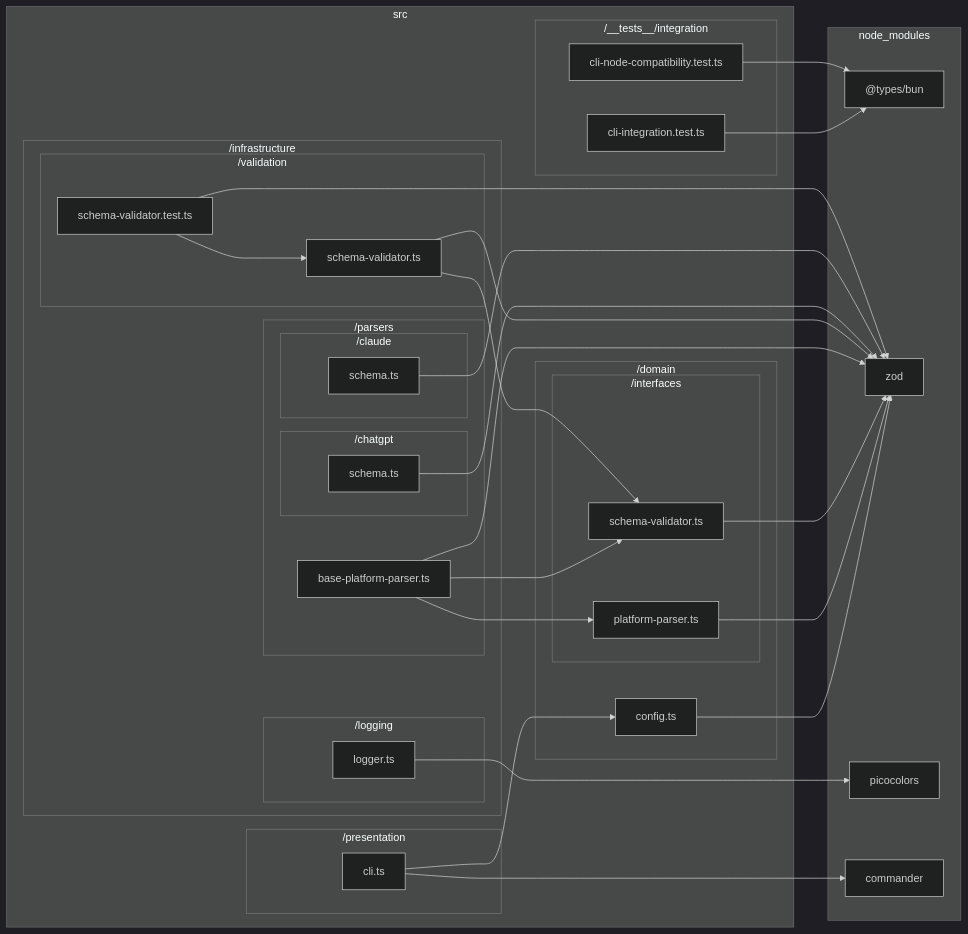
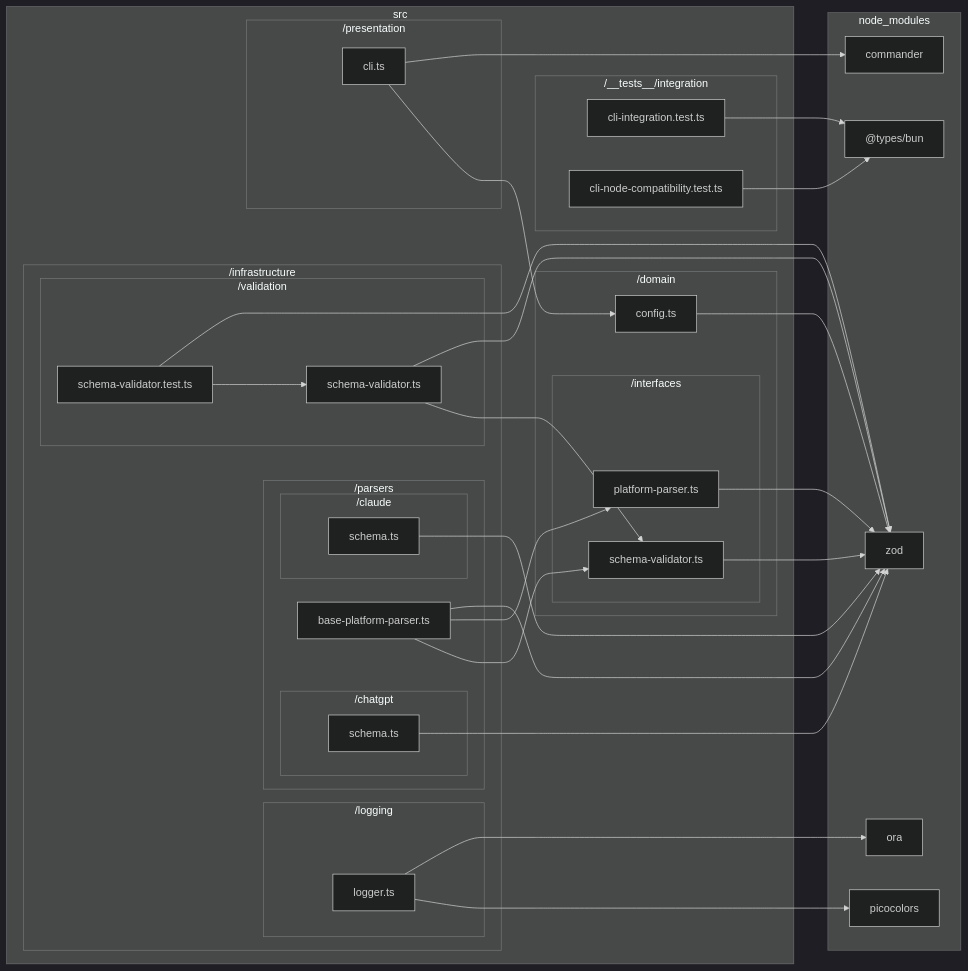
One commit to sugurutakahashi-1234/ai-chat-md-export changed the diagram in docs/reports/dependencies/external.md. Above: the diagram before and after it, drawn with Mermaid (dark theme). The commit also changed 10 other files, not shown here.

````diff
--- a/docs/reports/dependencies/external.md
+++ b/docs/reports/dependencies/external.md
@@ -7,60 +7,62 @@
 ```mermaid
 flowchart LR
     subgraph node//modules["node_modules"]
         node//modules///types/bun/index.d.ts["@types/bun"]
         node//modules/zod/index.d.cts["zod"]
+        node//modules/ora/index.d.ts["ora"]
         node//modules/picocolors/picocolors.d.ts["picocolors"]
         node//modules/commander/typings/index.d.ts["commander"]
     end
     subgraph src["src"]
         subgraph src/////tests/////integration["/__tests__/integration"]
             src/////tests/////integration/cli//integration.test.ts["cli-integration.test.ts"]
             src/////tests/////integration/cli//node//compatibility.test.ts["cli-node-compatibility.test.ts"]
         end
         subgraph src/domain["/domain"]
             src/domain/config.ts["config.ts"]
             subgraph src/domain/interfaces["/interfaces"]
                 src/domain/interfaces/platform//parser.ts["platform-parser.ts"]
                 src/domain/interfaces/schema//validator.ts["schema-validator.ts"]
             end
         end
         subgraph src/infrastructure["/infrastructure"]
             subgraph src/infrastructure/logging["/logging"]
                 src/infrastructure/logging/logger.ts["logger.ts"]
             end
             subgraph src/infrastructure/parsers["/parsers"]
                 src/infrastructure/parsers/base//platform//parser.ts["base-platform-parser.ts"]
                 subgraph src/infrastructure/parsers/chatgpt["/chatgpt"]
                     src/infrastructure/parsers/chatgpt/schema.ts["schema.ts"]
                 end
                 subgraph src/infrastructure/parsers/claude["/claude"]
                     src/infrastructure/parsers/claude/schema.ts["schema.ts"]
                 end
             end
             subgraph src/infrastructure/validation["/validation"]
                 src/infrastructure/validation/schema//validator.ts["schema-validator.ts"]
                 src/infrastructure/validation/schema//validator.test.ts["schema-validator.test.ts"]
             end
         end
         subgraph src/presentation["/presentation"]
             src/presentation/cli.ts["cli.ts"]
         end
     end
     src/////tests/////integration/cli//integration.test.ts-->node//modules///types/bun/index.d.ts
     src/////tests/////integration/cli//node//compatibility.test.ts-->node//modules///types/bun/index.d.ts
     src/domain/config.ts-->node//modules/zod/index.d.cts
     src/domain/interfaces/platform//parser.ts-->node//modules/zod/index.d.cts
     src/domain/interfaces/schema//validator.ts-->node//modules/zod/index.d.cts
+    src/infrastructure/logging/logger.ts-->node//modules/ora/index.d.ts
     src/infrastructure/logging/logger.ts-->node//modules/picocolors/picocolors.d.ts
     src/infrastructure/parsers/base//platform//parser.ts-->node//modules/zod/index.d.cts
     src/infrastructure/validation/schema//validator.ts-->node//modules/zod/index.d.cts
     src/infrastructure/parsers/chatgpt/schema.ts-->node//modules/zod/index.d.cts
     src/infrastructure/parsers/claude/schema.ts-->node//modules/zod/index.d.cts
     src/infrastructure/validation/schema//validator.test.ts-->node//modules/zod/index.d.cts
     src/presentation/cli.ts-->node//modules/commander/typings/index.d.ts
     src/infrastructure/parsers/base//platform//parser.ts-->src/domain/interfaces/platform//parser.ts
     src/infrastructure/parsers/base//platform//parser.ts-->src/domain/interfaces/schema//validator.ts
     src/infrastructure/validation/schema//validator.ts-->src/domain/interfaces/schema//validator.ts
     src/infrastructure/validation/schema//validator.test.ts-->src/infrastructure/validation/schema//validator.ts
     src/presentation/cli.ts-->src/domain/config.ts
 ```
````
